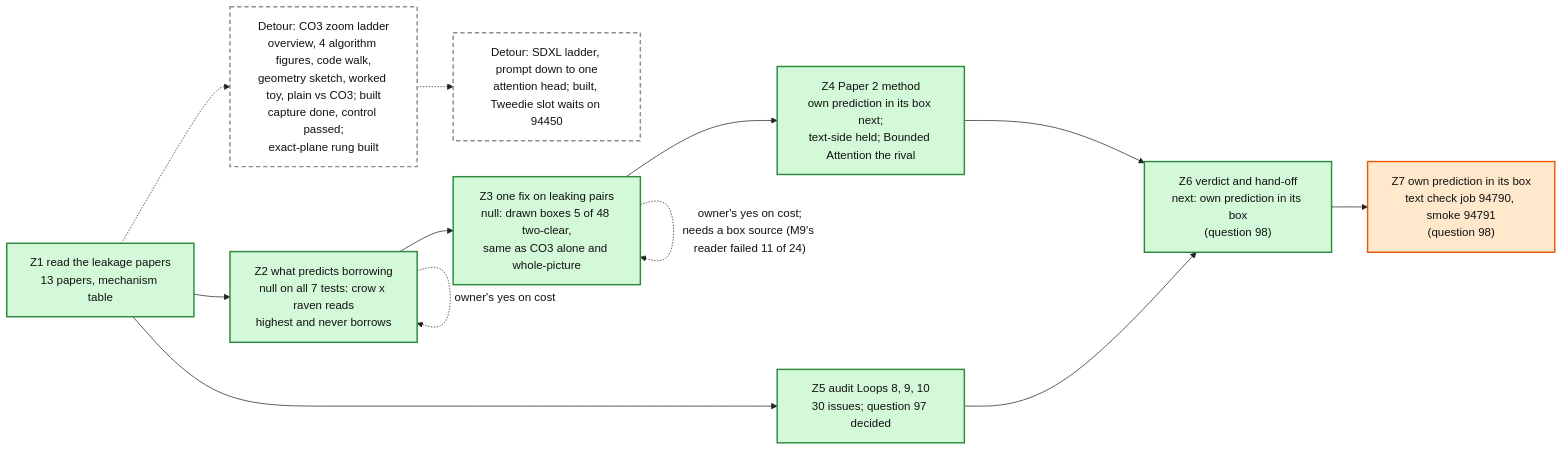
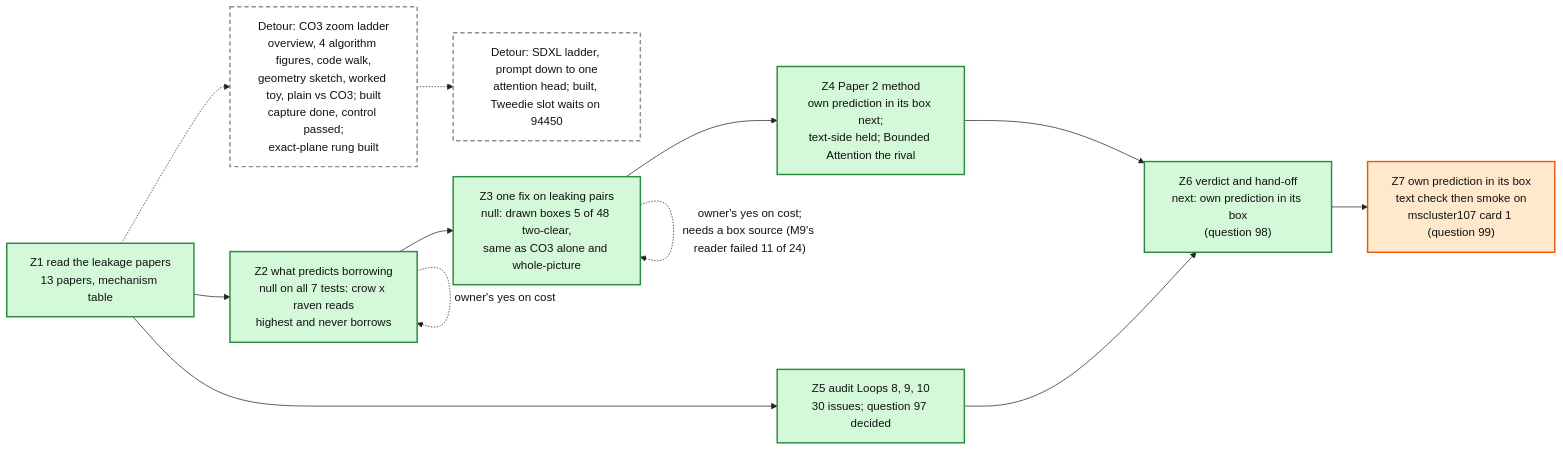
The diagram in artifacts/notes/progress/leakage/loop-12-progress.mmd (mo-rsa24/concept-composition), drawn with Mermaid before and after one commit. The commit also changed 1 other file, not shown here.

Commit message:
Loop 12 map: Z7 runs on the shared card

```diff
--- a/artifacts/notes/progress/leakage/loop-12-progress.mmd
+++ b/artifacts/notes/progress/leakage/loop-12-progress.mmd
@@ -1,22 +1,22 @@
 %%{init: {'theme': 'base', 'themeVariables': {'fontFamily': 'monospace', 'primaryColor': '#ffffff', 'primaryBorderColor': '#222222', 'primaryTextColor': '#111111', 'lineColor': '#222222'}}}%%
 flowchart LR
   Z1["Z1 read the leakage papers<br/>13 papers, mechanism table"]:::done
   Z2["Z2 what predicts borrowing<br/>null on all 7 tests: crow x raven reads<br/>highest and never borrows"]:::done
   Z3["Z3 one fix on leaking pairs<br/>null: drawn boxes 5 of 48 two-clear,<br/>same as CO3 alone and whole-picture"]:::done
   Z4["Z4 Paper 2 method<br/>own prediction in its box next;<br/>text-side held; Bounded Attention the rival"]:::done
   Z5["Z5 audit Loops 8, 9, 10<br/>30 issues; question 97 decided"]:::done
   Z6["Z6 verdict and hand-off<br/>next: own prediction in its box<br/>(question 98)"]:::done
   LAD["Detour: CO3 zoom ladder<br/>overview, 4 algorithm figures, code walk,<br/>geometry sketch, worked toy, plain vs CO3; built<br/>capture done, control passed;<br/>exact-plane rung built"]:::detour
   Z1 -.-> LAD
   SDX["Detour: SDXL ladder, prompt down to one<br/>attention head; built, Tweedie slot waits on 94450"]:::detour
   LAD -.-> SDX
   Z1 --> Z2 --> Z3 --> Z4 --> Z6
   Z1 --> Z5 --> Z6
   Z2 -. "owner's yes on cost" .-> Z2
   Z3 -. "owner's yes on cost;<br/>needs a box source (M9's reader failed 11 of 24)" .-> Z3
-  Z7["Z7 own prediction in its box<br/>text check job 94790, smoke 94791<br/>(question 98)"]:::doing
+  Z7["Z7 own prediction in its box<br/>text check then smoke on<br/>mscluster107 card 1 (question 99)"]:::doing
   Z6 --> Z7
   classDef done fill:#d3f9d8,stroke:#2b8a3e,stroke-width:2px
   classDef doing fill:#ffe8cc,stroke:#e8590c,stroke-width:2px
   classDef detour fill:#ffffff,stroke:#868e96,stroke-width:2px,stroke-dasharray: 6 4
   classDef todo fill:#f1f3f5,stroke:#868e96,stroke-width:2px
```
